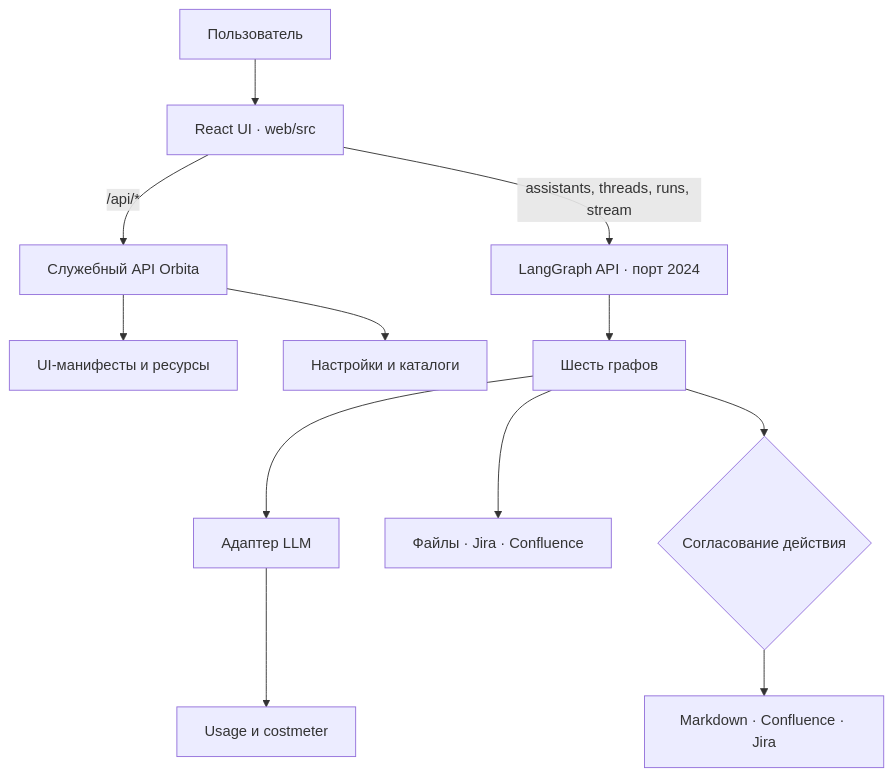
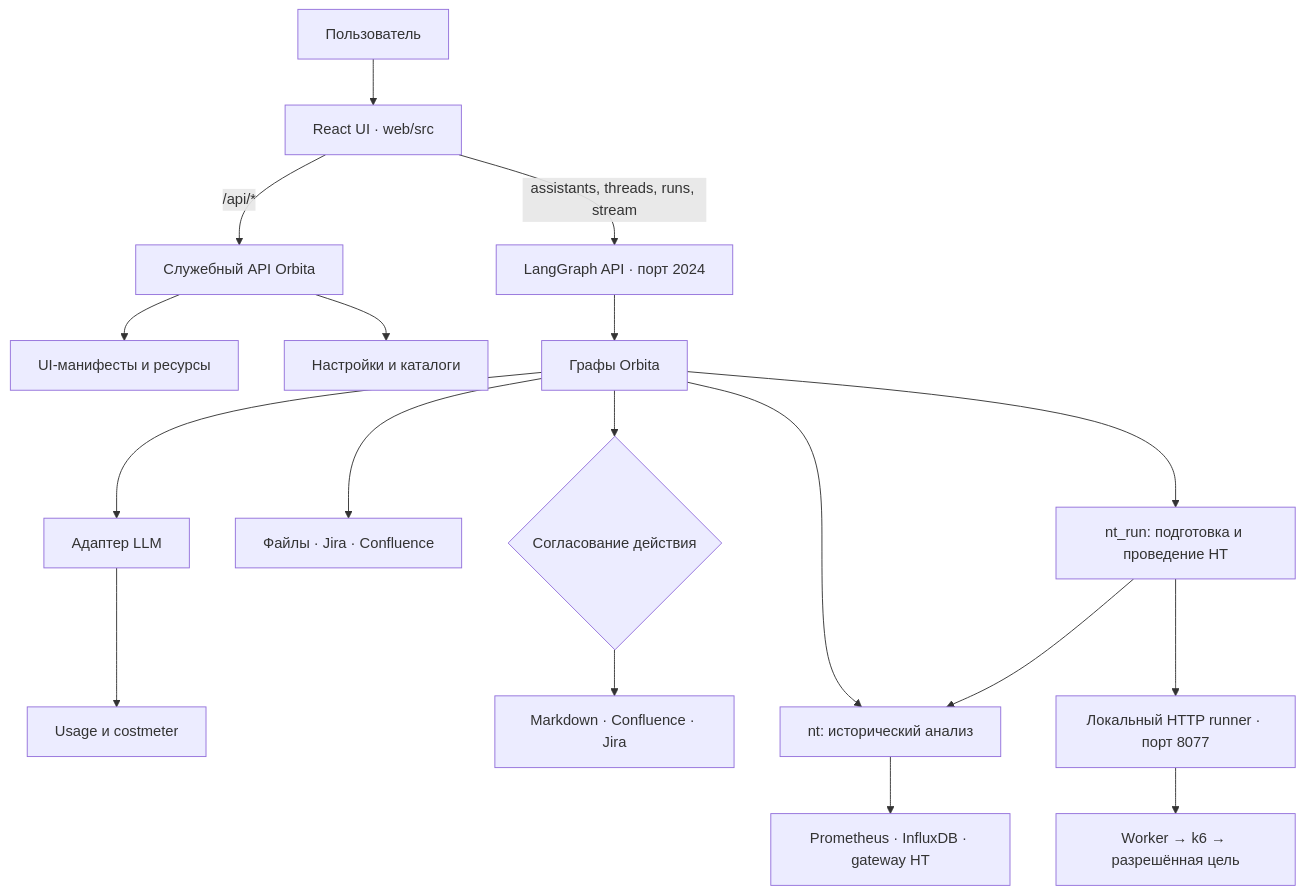
The first of 4 diagrams in docs/ARCHITECTURE.md (IST0VE/orbita-agent), drawn with Mermaid before and after one commit. The commit also changed other lines of this file and 47 other files, not shown here.

Commit message:
feat(nt): add supervised k6 execution graph and update documentation

````diff
--- a/docs/ARCHITECTURE.md
+++ b/docs/ARCHITECTURE.md
@@ -9,14 +9,20 @@
 ```mermaid
 flowchart TB
     U["Пользователь"] --> W["React UI · web/src"]
     W -->|"assistants, threads, runs, stream"| L["LangGraph API · порт 2024"]
     W -->|"/api/*"| A["Служебный API Orbita"]
     A --> M["UI-манифесты и ресурсы"]
     A --> S["Настройки и каталоги"]
-    L --> G["Шесть графов"]
+    L --> G["Графы Orbita"]
     G --> P["Адаптер LLM"]
     P --> C["Usage и costmeter"]
     G --> I["Файлы · Jira · Confluence"]
     G --> H{"Согласование действия"}
     H --> O["Markdown · Confluence · Jira"]
+    G --> NT["nt: исторический анализ"]
+    NT --> TS["Prometheus · InfluxDB · gateway НТ"]
+    G --> NR["nt_run: подготовка и проведение НТ"]
+    NR --> R["Локальный HTTP runner · порт 8077"]
+    R --> K["Worker → k6 → разрешённая цель"]
+    NR --> NT
 ```
````
